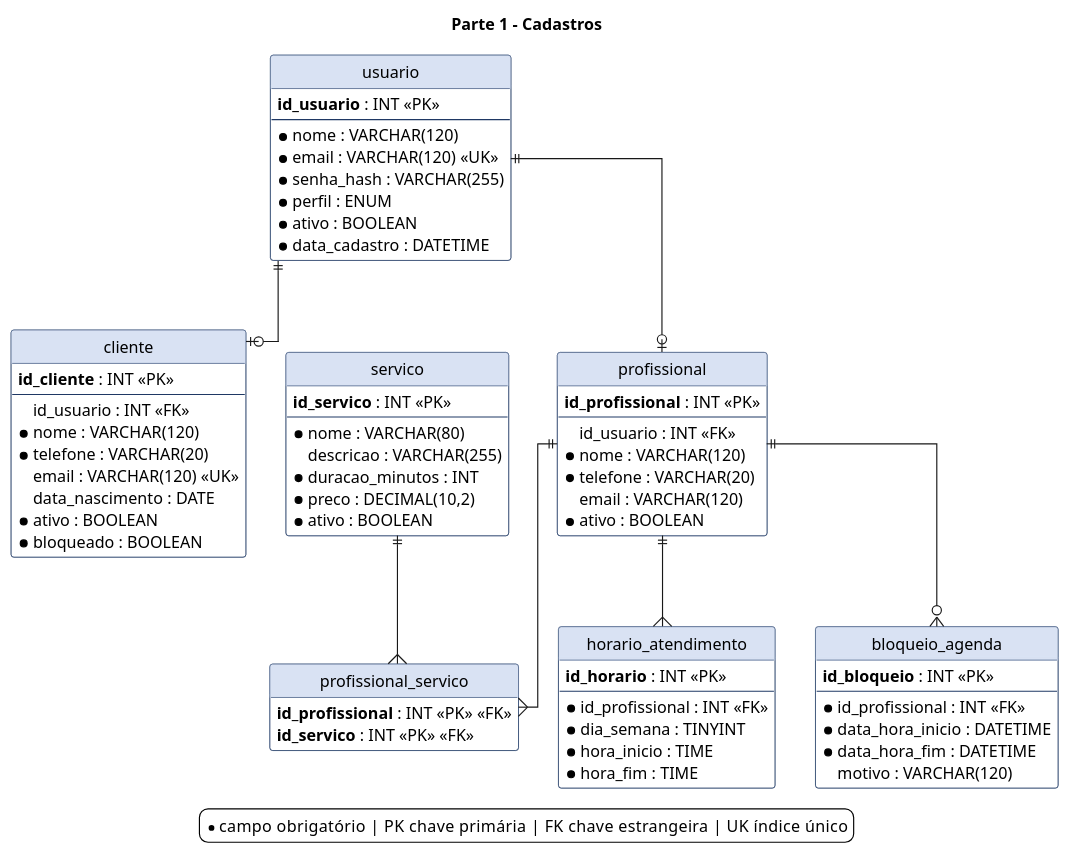
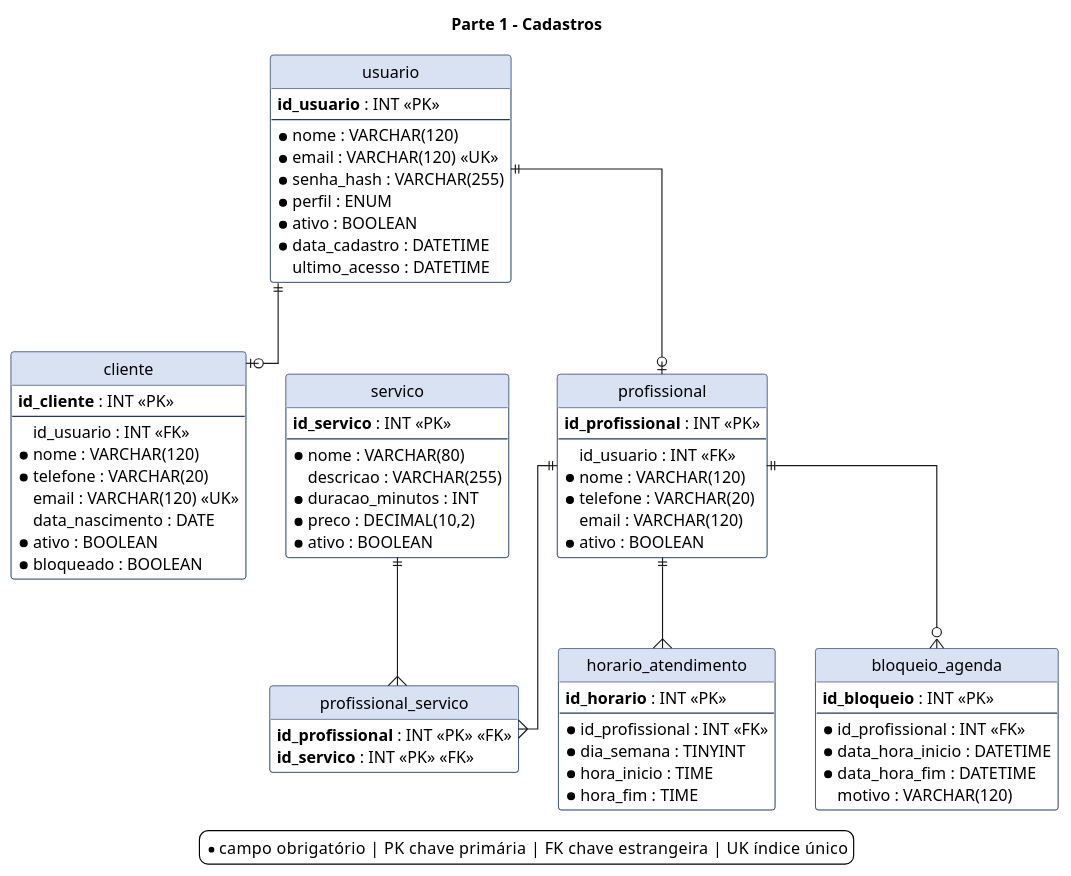
The diagram in banco-de-dados/logico1.puml (Gdzinn1200/Sabine_Atividade), drawn with PlantUML before and after one commit. The commit also changed 4 other files, not shown here.

```diff
--- a/banco-de-dados/logico1.puml
+++ b/banco-de-dados/logico1.puml
@@ -1,86 +1,87 @@
 @startuml
 skinparam backgroundColor transparent
 skinparam shadowing false
 skinparam defaultFontName Helvetica
 skinparam defaultFontSize 14
 skinparam linetype ortho
 skinparam class {
   BackgroundColor #FFFFFF
   BorderColor #1F3864
   HeaderBackgroundColor #D9E2F3
 }
 hide circle
 hide methods
 title Parte 1 - Cadastros
 
 entity "usuario" as usuario {
   <b>id_usuario</b> : INT <<PK>>
   --
   * nome : VARCHAR(120)
   * email : VARCHAR(120) <<UK>>
   * senha_hash : VARCHAR(255)
   * perfil : ENUM
   * ativo : BOOLEAN
   * data_cadastro : DATETIME
+  ultimo_acesso : DATETIME
 }
 entity "cliente" as cliente {
   <b>id_cliente</b> : INT <<PK>>
   --
   id_usuario : INT <<FK>>
   * nome : VARCHAR(120)
   * telefone : VARCHAR(20)
   email : VARCHAR(120) <<UK>>
   data_nascimento : DATE
   * ativo : BOOLEAN
   * bloqueado : BOOLEAN
 }
 entity "profissional" as profissional {
   <b>id_profissional</b> : INT <<PK>>
   --
   id_usuario : INT <<FK>>
   * nome : VARCHAR(120)
   * telefone : VARCHAR(20)
   email : VARCHAR(120)
   * ativo : BOOLEAN
 }
 entity "servico" as servico {
   <b>id_servico</b> : INT <<PK>>
   --
   * nome : VARCHAR(80)
   descricao : VARCHAR(255)
   * duracao_minutos : INT
   * preco : DECIMAL(10,2)
   * ativo : BOOLEAN
 }
 entity "profissional_servico" as ps {
   <b>id_profissional</b> : INT <<PK>> <<FK>>
   <b>id_servico</b> : INT <<PK>> <<FK>>
 }
 entity "horario_atendimento" as horario {
   <b>id_horario</b> : INT <<PK>>
   --
   * id_profissional : INT <<FK>>
   * dia_semana : TINYINT
   * hora_inicio : TIME
   * hora_fim : TIME
 }
 entity "bloqueio_agenda" as bloqueio {
   <b>id_bloqueio</b> : INT <<PK>>
   --
   * id_profissional : INT <<FK>>
   * data_hora_inicio : DATETIME
   * data_hora_fim : DATETIME
   motivo : VARCHAR(120)
 }
 
 usuario ||--o| cliente
 usuario ||--o| profissional
 profissional ||--{ ps
 servico ||--{ ps
 profissional ||--{ horario
 profissional ||--o{ bloqueio
 
 legend bottom
   * campo obrigatório  |  PK chave primária  |  FK chave estrangeira  |  UK índice único
 endlegend
 @enduml
```
